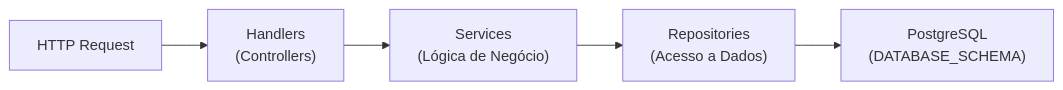
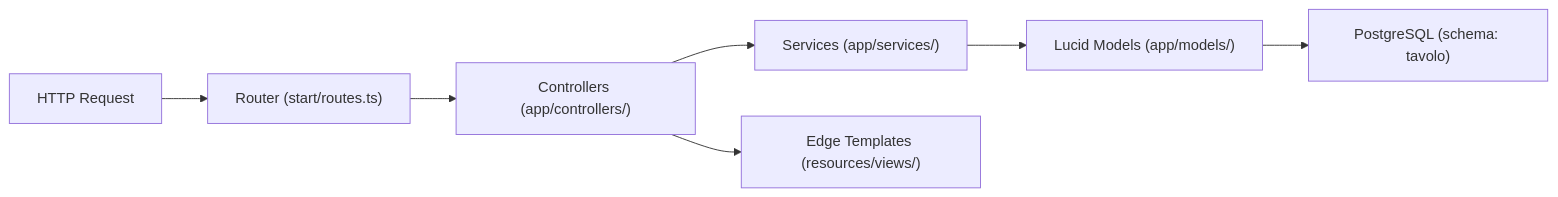
One commit to invector-tecnologia/cambalhota changed the diagram in docs/engineering/constitution.md. Above: the diagram before and after it, drawn with Mermaid. The commit also changed other lines of this file and 16 other files, not shown here.

Commit message:
refactor: rebrand project to tavolo and update technology stack to AdonisJS, Edge.js, and Tailwind CSS

````diff
--- a/docs/engineering/constitution.md
+++ b/docs/engineering/constitution.md
@@ -149,7 +66,9 @@
 ```mermaid
 graph LR
-    A["HTTP Request"] --> B["Handlers<br/>(Controllers)"]
-    B --> C["Services<br/>(Lógica de Negócio)"]
-    C --> D["Repositories<br/>(Acesso a Dados)"]
-    D --> E["PostgreSQL<br/>(DATABASE_SCHEMA)"]
+    A["HTTP Request"] --> B["Router (start/routes.ts)"]
+    B --> C["Controllers (app/controllers/)"]
+    C --> D["Services (app/services/)"]
+    D --> E["Lucid Models (app/models/)"]
+    E --> F["PostgreSQL (schema: tavolo)"]
+    C --> G["Edge Templates (resources/views/)"]
 ```
````
